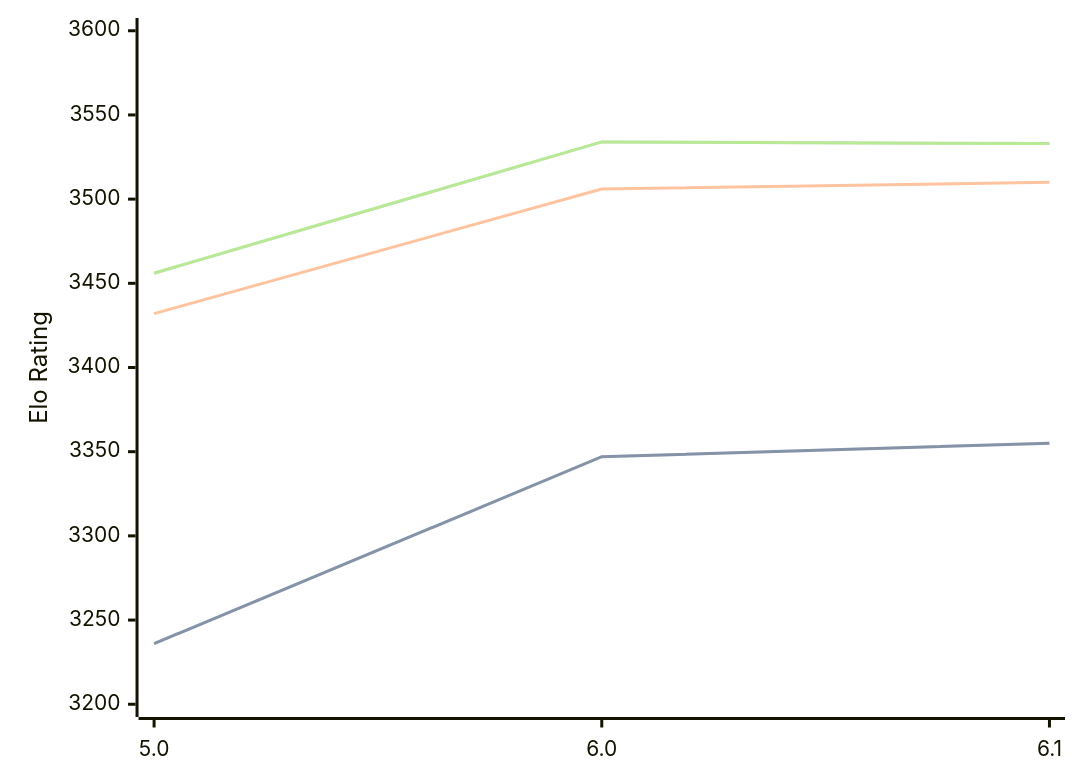
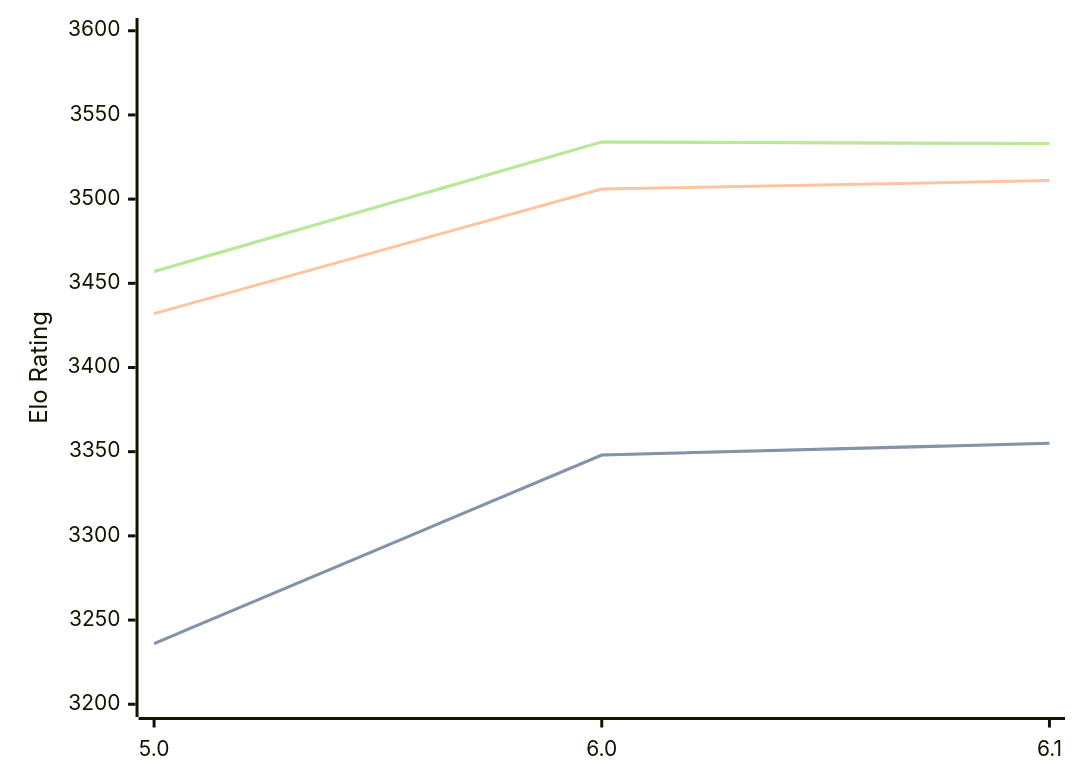
The diagram in engines/Starzix.md (computer-chess-index/cci), drawn with Mermaid before and after one commit. The commit also changed other lines of this file, not shown here.

Commit message:
Update CCI Ratings (ELO VLTC) - 2026-04-01

````diff
--- a/engines/Starzix.md
+++ b/engines/Starzix.md
@@ -37,11 +37,11 @@
 ```mermaid
 %%{init: {"theme":"base","themeVariables":{"seriesColors:['#a3a3a3','#222221','#faa371']}}}%%
 xychart-beta
   x-axis ["5.0", "6.0", "6.1"]
   y-axis "Elo Rating" 3200 --> 3600
-  line "STC (8.0+0.08s)" [3236, 3347, 3355]
-  line "STC (8.0+0.08s)" [3236, 3347, 3355]
-  line "LTC (60.0+0.60s)" [3432, 3506, 3510]
-  line "VLTC (2m24s+1.12s)" [3456, 3534, 3533]
-  line "VLTC (2m24s+1.12s)" [3456, 3534, 3533]
+  line "STC (8.0+0.08s)" [3236, 3348, 3355]
+  line "STC (8.0+0.08s)" [3236, 3348, 3355]
+  line "LTC (60.0+0.60s)" [3432, 3506, 3511]
+  line "VLTC (2m24s+1.12s)" [3457, 3534, 3533]
+  line "VLTC (2m24s+1.12s)" [3457, 3534, 3533]
 ```
````
